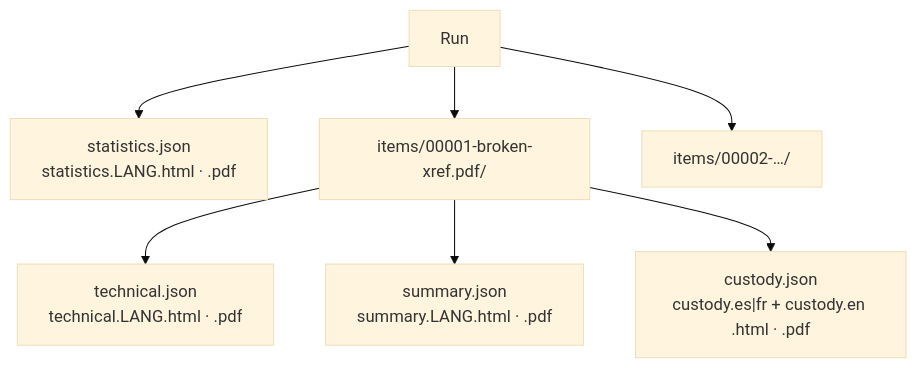
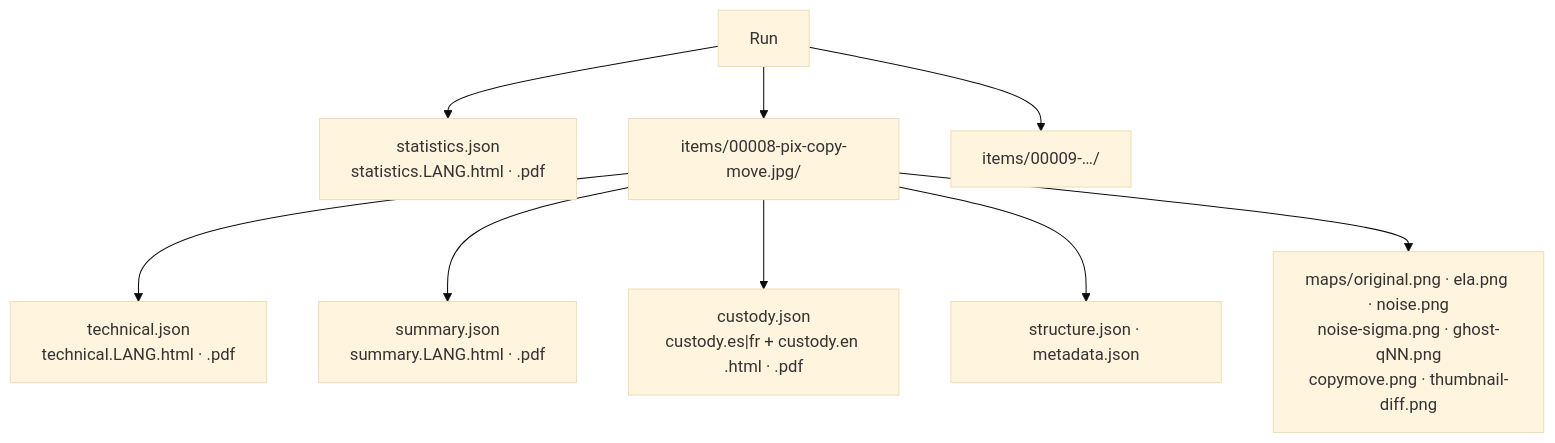
The diagram in docs/reports.md (Panacota96/rv-imgauth), drawn with Mermaid (base theme) before and after one commit. The commit also changed other lines of this file and 17 other files, not shown here.

````diff
--- a/docs/reports.md
+++ b/docs/reports.md
@@ -7,9 +8,11 @@
 ```mermaid
 flowchart TB
     RUN["Run"] --> S["statistics.json<br/>statistics.LANG.html · .pdf"]
-    RUN --> I1["items/00001-broken-xref.pdf/"]
-    RUN --> I2["items/00002-…/"]
+    RUN --> I1["items/00008-pix-copy-move.jpg/"]
+    RUN --> I2["items/00009-…/"]
     I1 --> T1["technical.json<br/>technical.LANG.html · .pdf"]
     I1 --> C1["summary.json<br/>summary.LANG.html · .pdf"]
     I1 --> K1["custody.json<br/>custody.es|fr + custody.en .html · .pdf"]
+    I1 --> D1["structure.json · metadata.json"]
+    I1 --> M1["maps/original.png · ela.png · noise.png<br/>noise-sigma.png · ghost-qNN.png<br/>copymove.png · thumbnail-diff.png"]
 ```
````
